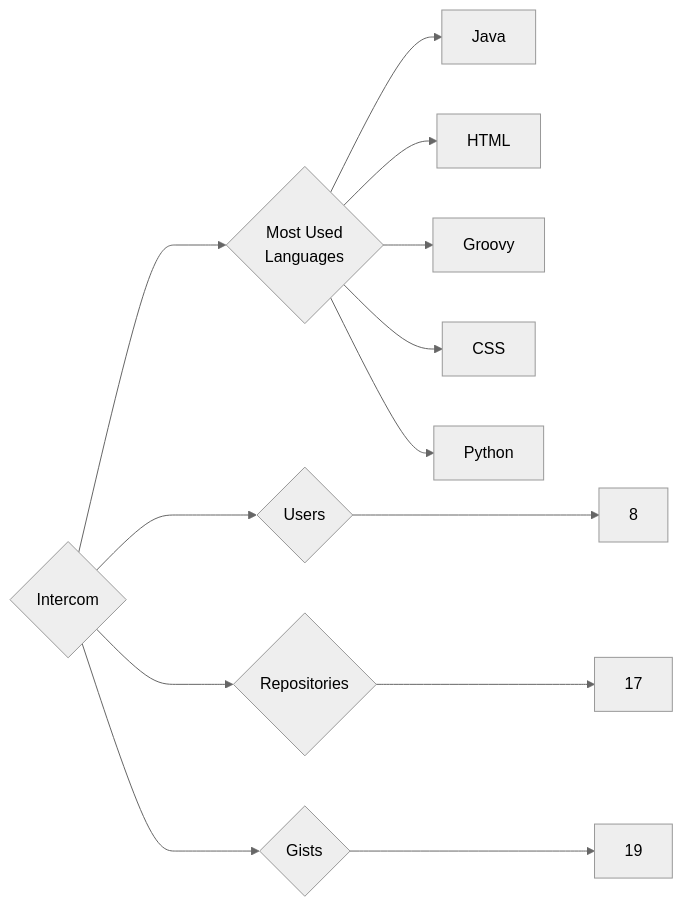
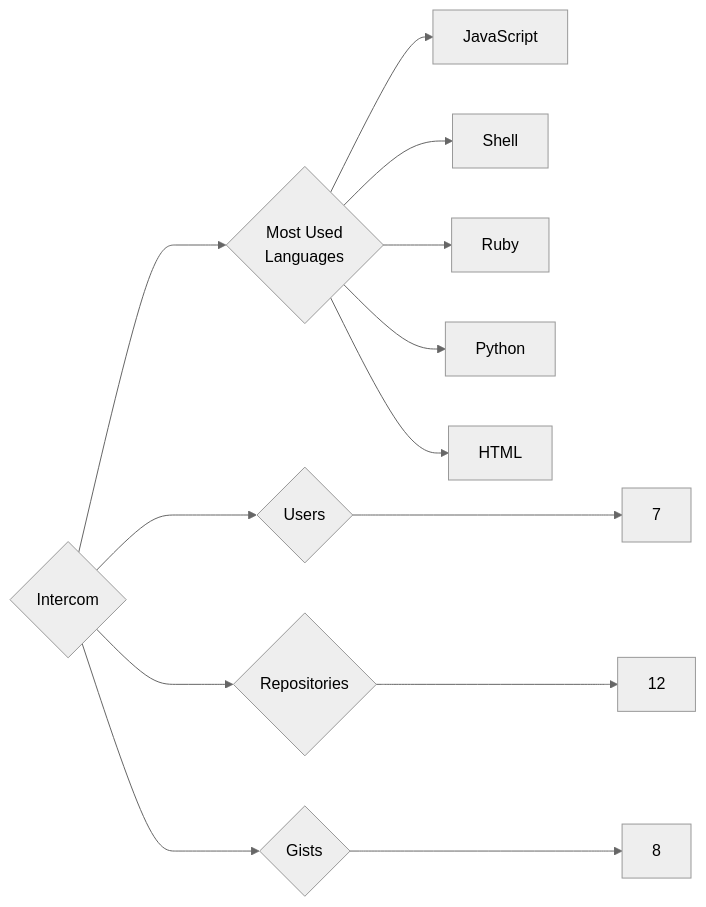
The diagram in targets/Intercom/README.md (trickest/insiders), drawn with Mermaid (neutral theme) before and after one commit. The commit also changed 1123 other files, not shown here.

````diff
--- a/targets/Intercom/README.md
+++ b/targets/Intercom/README.md
@@ -3,13 +3,13 @@
 ```mermaid
 graph LR
 COMPANY_NAME{Intercom}
-COMPANY_NAME ---> U{Users} ---> UN[8]
-COMPANY_NAME ---> R{Repositories} ---> RN[17]
-COMPANY_NAME ---> G{Gists} ---> GN[19]
+COMPANY_NAME ---> U{Users} ---> UN[7]
+COMPANY_NAME ---> R{Repositories} ---> RN[12]
+COMPANY_NAME ---> G{Gists} ---> GN[8]
 COMPANY_NAME ---> ML{Most Used<br>Languages}
-ML --> Java[Java]
+ML --> JavaScript[JavaScript]
+ML --> Shell[Shell]
+ML --> Ruby[Ruby]
+ML --> Python[Python]
 ML --> HTML[HTML]
-ML --> Groovy[Groovy]
-ML --> CSS[CSS]
-ML --> Python[Python]
 ```
````
